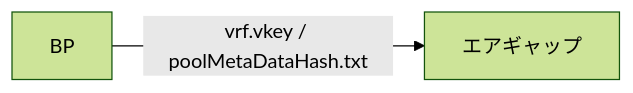
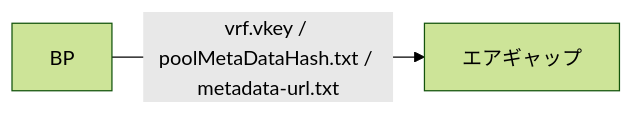
The first of 5 diagrams in content/docs/cardano/setup/stake-pool-register.mdx (kuhito-inc/spojapanguild), drawn with Mermaid (forest theme) before and after one commit. The commit also changed other lines of this file and 1 other file, not shown here.

Commit message:
docs: unify metadata URL handling for pool registration and updates

````diff
--- a/content/docs/cardano/setup/stake-pool-register.mdx
+++ b/content/docs/cardano/setup/stake-pool-register.mdx
@@ -216,4 +256,4 @@
 ```mermaid
 graph LR
-    A[BP] -->| vrf.vkey / poolMetaDataHash.txt | B[エアギャップ];
+    A[BP] -->| vrf.vkey / poolMetaDataHash.txt / metadata-url.txt | B[エアギャップ];
 ```
````
